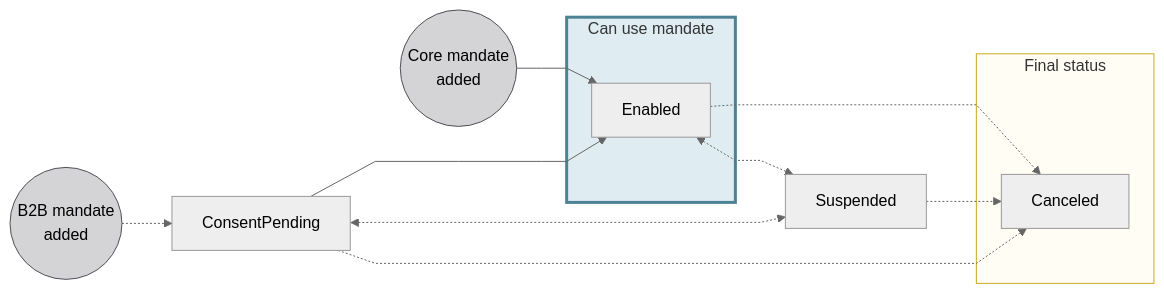
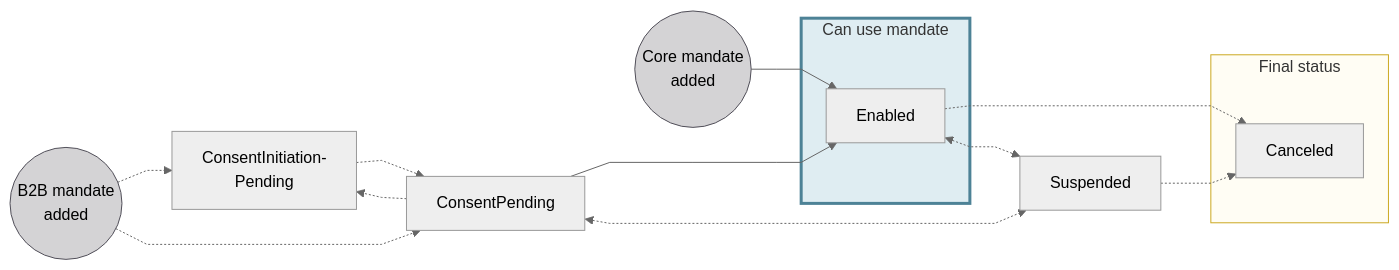
The first of 2 diagrams in docs/topics/payments/direct-debit/index.mdx (swan-io/docs), drawn with Mermaid (neutral theme) before and after one commit. The commit also changed other lines of this file and 1 other file, not shown here.

Commit message:
DOC-1559/b2b-received-direct-debit-mandate-status-update-following-co… (#556)
* DOC-1559/b2b-received-direct-debit-mandate-status-update-following-consent-ko

* Update index.mdx

* Apply suggestions from code review

* edits

---------

````diff
--- a/docs/topics/payments/direct-debit/index.mdx
+++ b/docs/topics/payments/direct-debit/index.mdx
@@ -73,22 +73,24 @@
 ```mermaid
 %%{ init: { 'flowchart': { 'curve': 'linear' } } }%%
 flowchart LR
-    B2B((B2B mandate<br/>added)) -.-> CP[ConsentPending]
+    B2B((B2B mandate<br/>added)) -.-> CIP[ConsentInitiation-<br/>Pending]
+    B2B -.-> CP[ConsentPending]
     COR((Core mandate<br/>added)) --> E[Enabled]
+    CIP -.-> CP
+    CP -.-> CIP
     CP ---> E
     CP <-.-> S[Suspended]
-    CP -.-> C[Canceled]
-    E -.-> C
+    E -.-> C[Canceled]
     E <-.-> S
     S -.-> C
     subgraph U[Can use mandate]
         E
     end
     subgraph F[Final status]
         C
     end
     style B2B fill:#D4D3D5,stroke:#514F59
     style COR fill:#D4D3D5,stroke:#514F59
     style F fill:#fffdf4,stroke:#cca922
     style U fill:#dfedf2,stroke:#4d8296, stroke-width:3px
 ```
````
